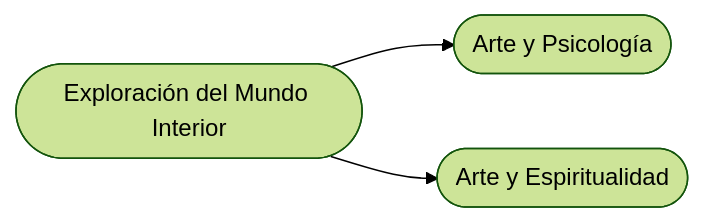
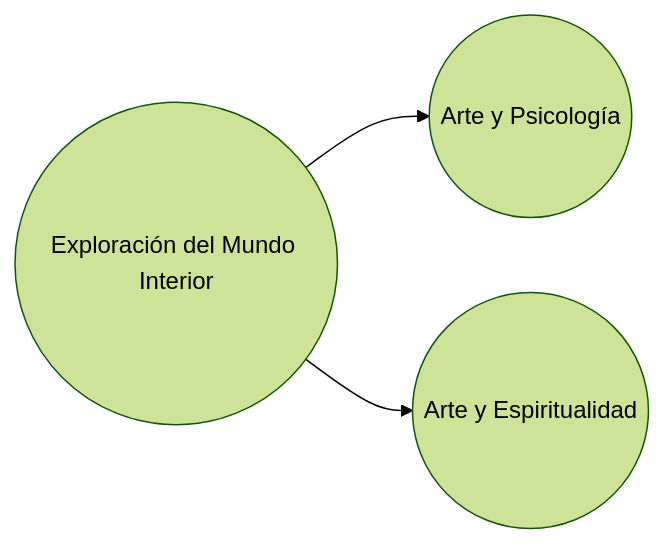
Before and after one commit to EGGS-Artesvisuales/EGGS-Artesvisuales.github.io: the third of 3 diagrams in ES/diagrama.md, drawn with Mermaid (forest theme). The commit also changed other lines of this file, not shown here.

```diff
--- a/ES/diagrama.md
+++ b/ES/diagrama.md
@@ -146,12 +146,12 @@
 <div class="mermaid">
 graph LR
-  C([Exploración del Mundo Interior]) --> C1([Arte y Psicología])
-  C --> C2([Arte y Espiritualidad])
+  C((Exploración del Mundo Interior)) --> C1((Arte y Psicología))
+  C --> C2((Arte y Espiritualidad))
 
   %% Enlaces (existentes)
   click C "interior.html" "Ir a Exploración del Mundo Interior"
 
   %% Enlaces (no existentes aún -> en construcción)
   click C1 "en-construccion.html" "En construcción"
   click C2 "en-construccion.html" "En construcción"
 </div>
```
